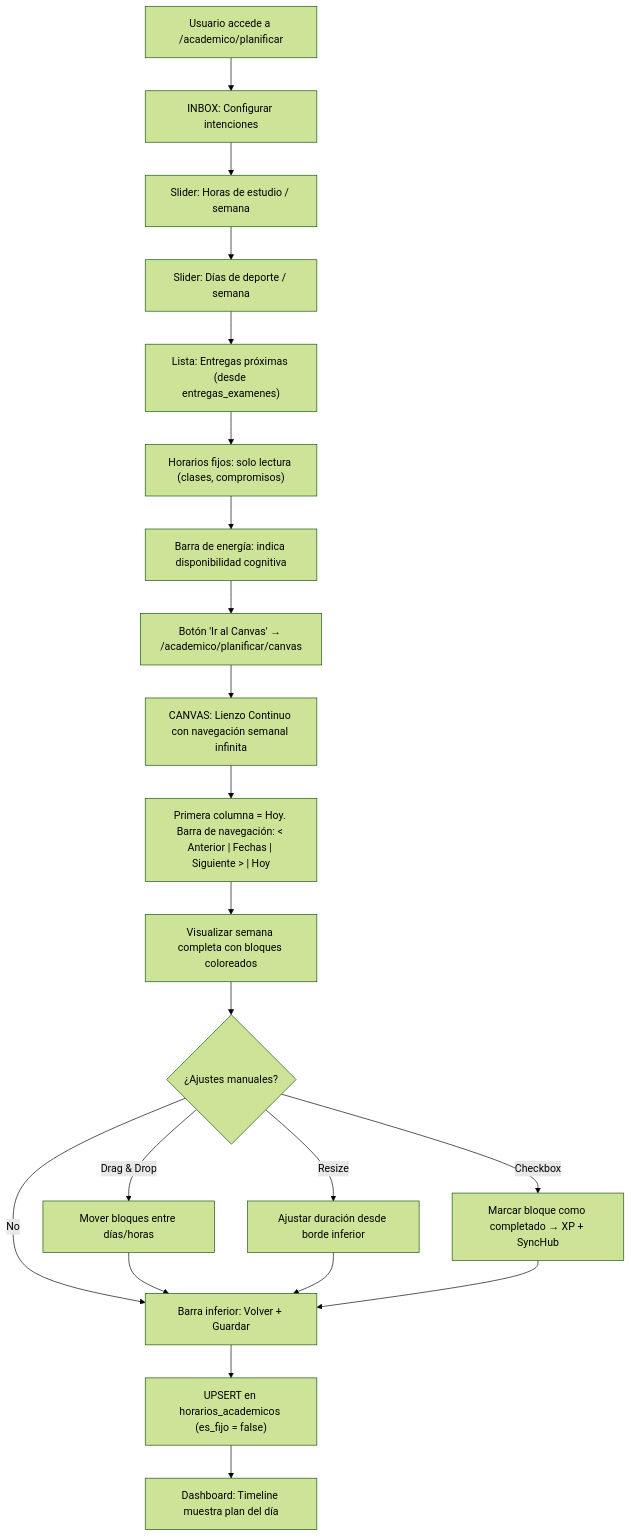
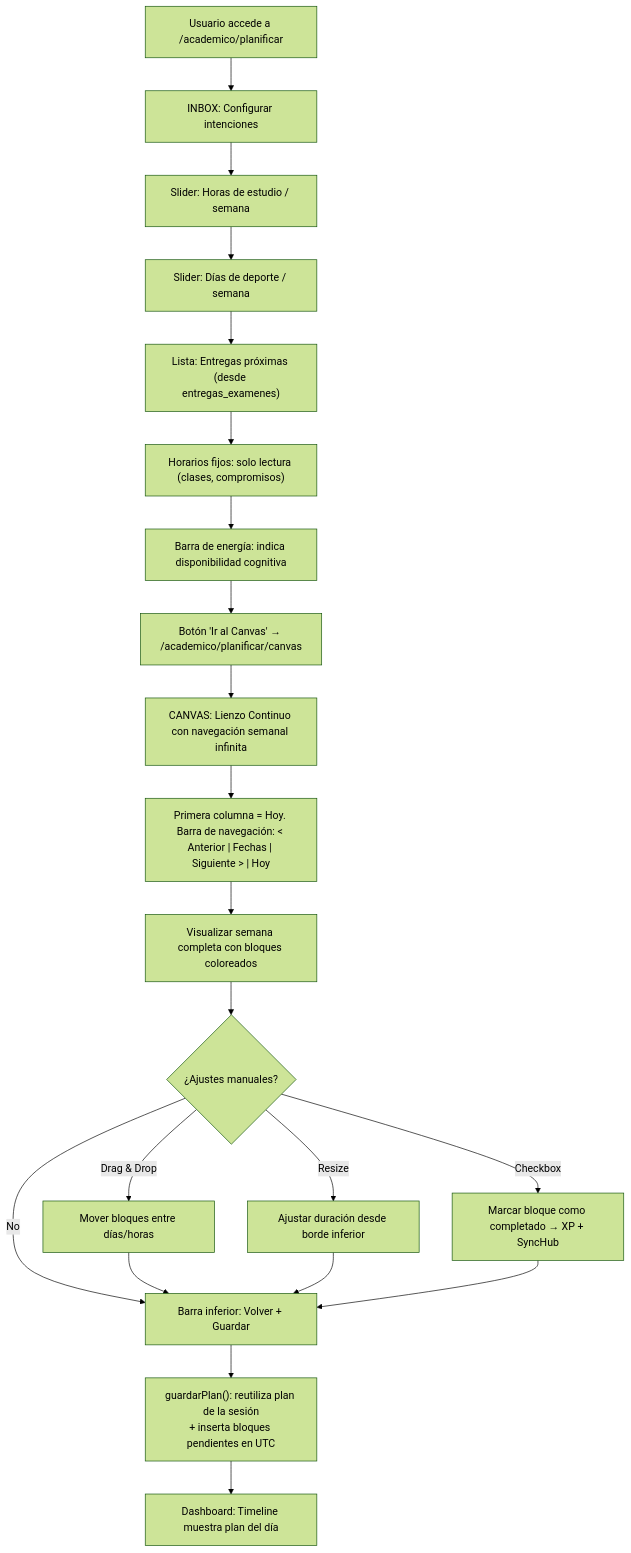
One commit to Jloen1999/synaptixfit changed the seventh of 8 diagrams in docs/06-frontend.md. Above: the diagram before and after it, drawn with Mermaid (forest theme). The commit also changed other lines of this file and 38 other files, not shown here.

````diff
--- a/docs/06-frontend.md
+++ b/docs/06-frontend.md
@@ -2659,27 +2712,27 @@
 ```mermaid
 flowchart TD
     A["Usuario accede a /academico/planificar"] --> B["INBOX: Configurar intenciones"]
     
     B --> B1["Slider: Horas de estudio / semana"]
     B1 --> B2["Slider: Días de deporte / semana"]
     B2 --> B3["Lista: Entregas próximas (desde entregas_examenes)"]
     B3 --> B4["Horarios fijos: solo lectura (clases, compromisos)"]
     B4 --> B5["Barra de energía: indica disponibilidad cognitiva"]
     B5 --> C["Botón 'Ir al Canvas' → /academico/planificar/canvas"]
     
     C --> D["CANVAS: Lienzo Continuo con navegación semanal infinita"]
     
     D --> D1["Primera columna = Hoy. Barra de navegación: < Anterior | Fechas | Siguiente > | Hoy"]
     D1 --> D2["Visualizar semana completa con bloques coloreados"]
     D2 --> D3{"¿Ajustes manuales?"}
     D3 -->|"Drag & Drop"| D4["Mover bloques entre días/horas"]
     D3 -->|"Resize"| D5["Ajustar duración desde borde inferior"]
     D3 -->|"Checkbox"| D6["Marcar bloque como completado → XP + SyncHub"]
     D3 -->|"No"| E["Barra inferior: Volver + Guardar"]
     D4 --> E
     D5 --> E
     D6 --> E
     
-    E --> F["UPSERT en horarios_academicos (es_fijo = false)"]
+    E --> F["guardarPlan(): reutiliza plan de la sesión\n+ inserta bloques pendientes en UTC"]
     F --> G["Dashboard: Timeline muestra plan del día"]
 ```
````
